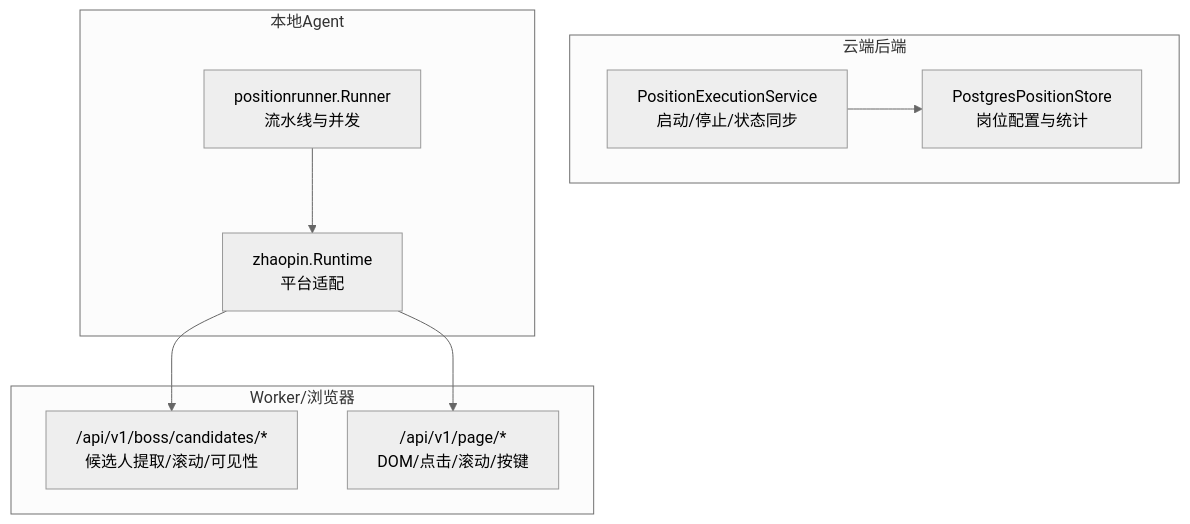
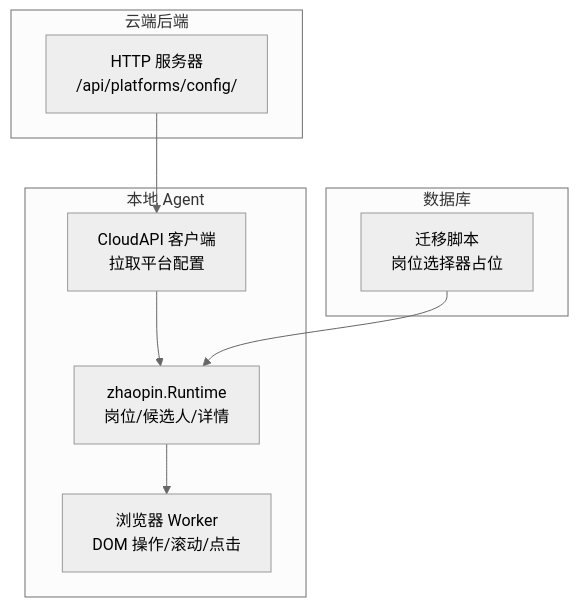
The first of 6 diagrams in .qoder/repowiki/zh/content/本地执行器/平台适配器/智联招聘适配器/职位管理.md (alvinwangzi/goodhr), drawn with Mermaid (neutral theme) before and after one commit. The commit also changed other lines of this file and 149 other files, not shown here.

````diff
--- a/.qoder/repowiki/zh/content/本地执行器/平台适配器/智联招聘适配器/职位管理.md
+++ b/.qoder/repowiki/zh/content/本地执行器/平台适配器/智联招聘适配器/职位管理.md
@@ -49,19 +49,18 @@
 ```mermaid
 graph TB
 subgraph "云端后端"
-A["PositionExecutionService<br/>启动/停止/状态同步"]
-B["PostgresPositionStore<br/>岗位配置与统计"]
+S["HTTP 服务器<br/>/api/platforms/config/"]
 end
-subgraph "本地Agent"
-C["zhaopin.Runtime<br/>平台适配"]
-D["positionrunner.Runner<br/>流水线与并发"]
+subgraph "本地 Agent"
+C["CloudAPI 客户端<br/>拉取平台配置"]
+ZR["zhaopin.Runtime<br/>岗位/候选人/详情"]
+W["浏览器 Worker<br/>DOM 操作/滚动/点击"]
 end
-subgraph "Worker/浏览器"
-E["/api/v1/boss/candidates/*<br/>候选人提取/滚动/可见性"]
-F["/api/v1/page/*<br/>DOM/点击/滚动/按键"]
+subgraph "数据库"
+M["迁移脚本<br/>岗位选择器占位"]
 end
-A --> B
-D --> C
-C --> E
-C --> F
+S --> C
+C --> ZR
+ZR --> W
+M --> ZR
 ```
````
